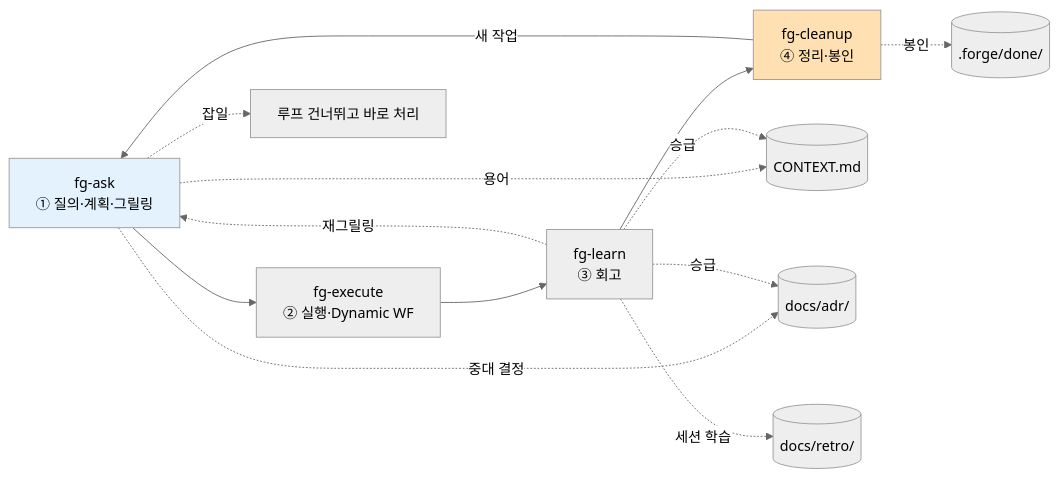
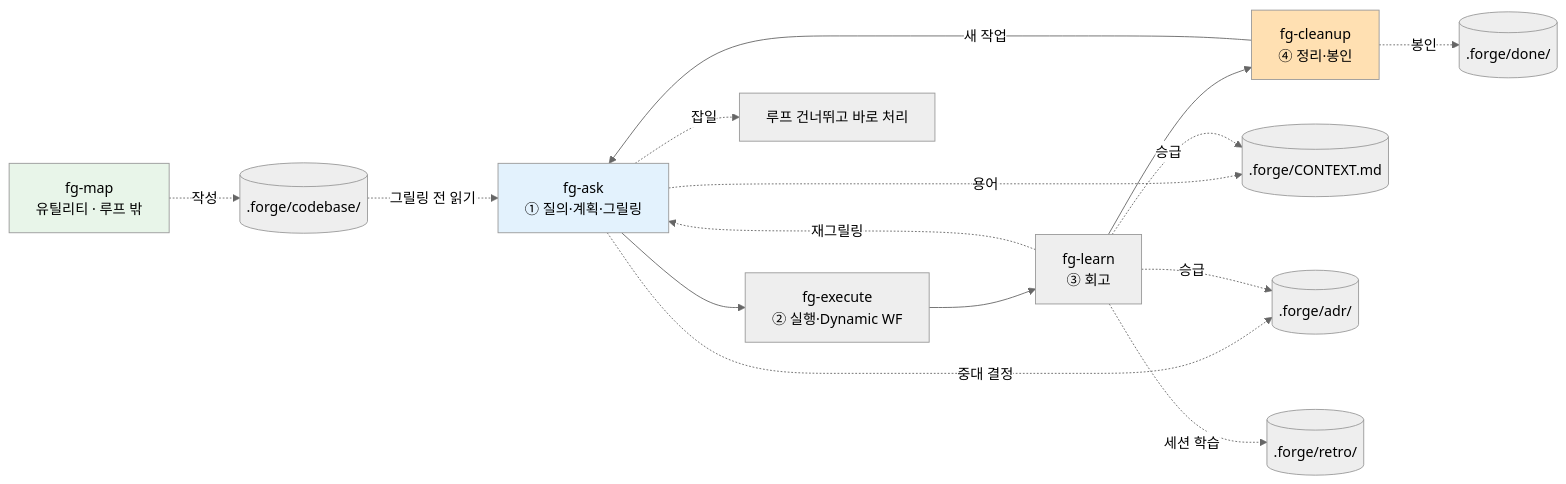
Before and after one commit to gyuha/forge: the diagram in README.ko.md, drawn with Mermaid (neutral theme). The commit also changed other lines of this file and 17 other files, not shown here.

````diff
--- a/README.ko.md
+++ b/README.ko.md
@@ -31,17 +32,20 @@
 ```mermaid
 flowchart LR
     A[fg-ask<br/>① 질의·계획·그릴링] --> E[fg-execute<br/>② 실행·Dynamic WF]
     E --> L[fg-learn<br/>③ 회고]
     L --> C[fg-cleanup<br/>④ 정리·봉인]
     L -.재그릴링.-> A
     C -->|새 작업| A
     A -.잡일.-> X[루프 건너뛰고 바로 처리]
-    A -.용어.-> CTX[(CONTEXT.md)]
-    A -.중대 결정.-> ADR[(docs/adr/)]
+    A -.용어.-> CTX[(.forge/CONTEXT.md)]
+    A -.중대 결정.-> ADR[(.forge/adr/)]
     L -.승급.-> CTX
     L -.승급.-> ADR
-    L -.세션 학습.-> RETRO[(docs/retro/)]
+    L -.세션 학습.-> RETRO[(.forge/retro/)]
     C -.봉인.-> DONE[(.forge/done/)]
+    MAP[fg-map<br/>유틸리티 · 루프 밖] -.작성.-> CB[(.forge/codebase/)]
+    CB -.그릴링 전 읽기.-> A
     style A fill:#e3f2fd
     style C fill:#ffe0b2
+    style MAP fill:#e8f5e9
 ```
````
